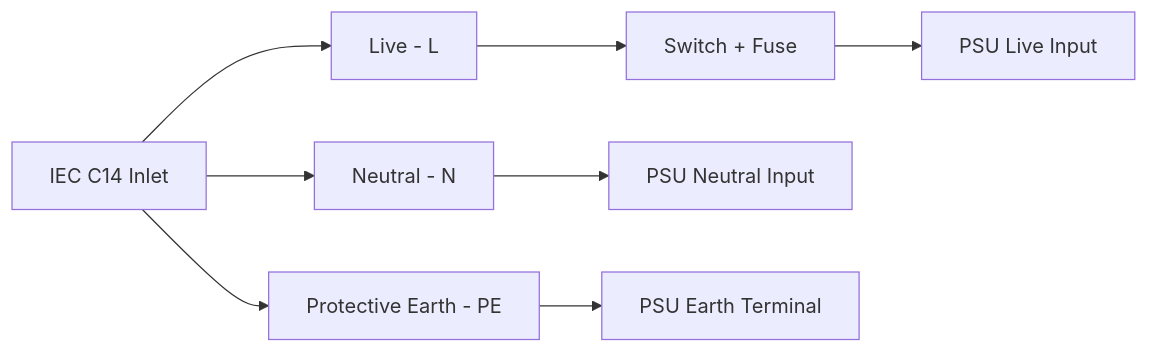
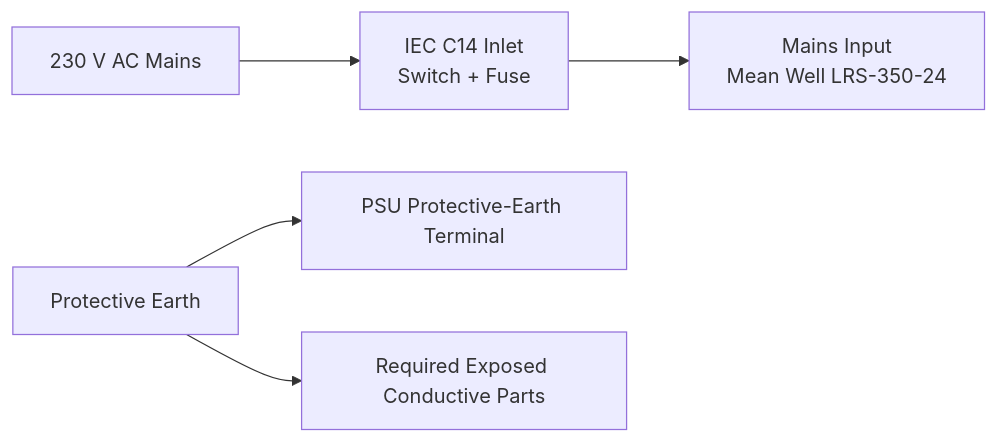
The second of 3 diagrams in docs/3d-printers/my-cloner/wiring/power-distribution.md (EdgarMata/MY-Machines-Docs), drawn with Mermaid before and after one commit. The commit also changed other lines of this file and 68 other files, not shown here.

````diff
--- a/docs/3d-printers/my-cloner/wiring/power-distribution.md
+++ b/docs/3d-printers/my-cloner/wiring/power-distribution.md
@@ -74,23 +86,8 @@
 ```mermaid
 graph LR
-    IEC[IEC C14 Inlet]
+    MAINS[230 V AC Mains] --> IEC[IEC C14 Inlet<br/>Switch + Fuse]
+    IEC --> PSU[Mains Input<br/>Mean Well LRS-350-24]
 
-    L[Live - L]
-    N[Neutral - N]
-    PE[Protective Earth - PE]
-
-    SW[Switch + Fuse]
-    PSU_L[PSU Live Input]
-    PSU_N[PSU Neutral Input]
-    PSU_PE[PSU Earth Terminal]
-
-    IEC --> L
-    IEC --> N
-    IEC --> PE
-
-    L --> SW
-    SW --> PSU_L
-
-    N --> PSU_N
-    PE --> PSU_PE
+    PE[Protective Earth] --> PSU_PE[PSU Protective-Earth Terminal]
+    PE --> CHASSIS[Required Exposed Conductive Parts]
 ```
````
